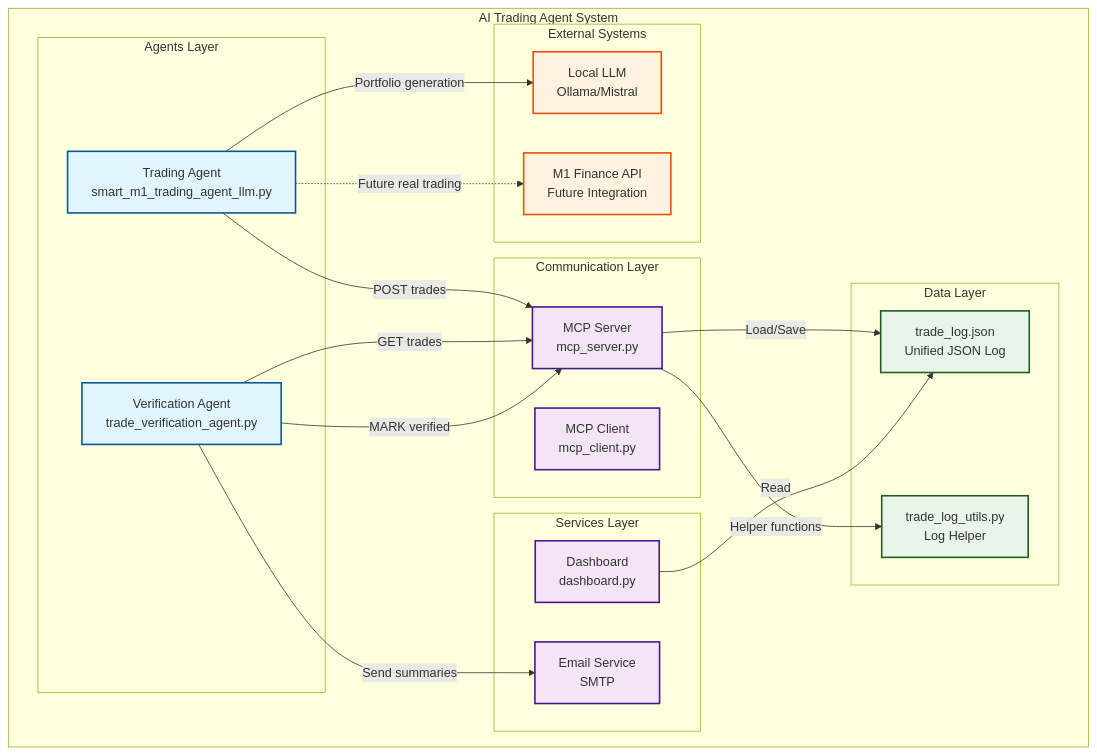
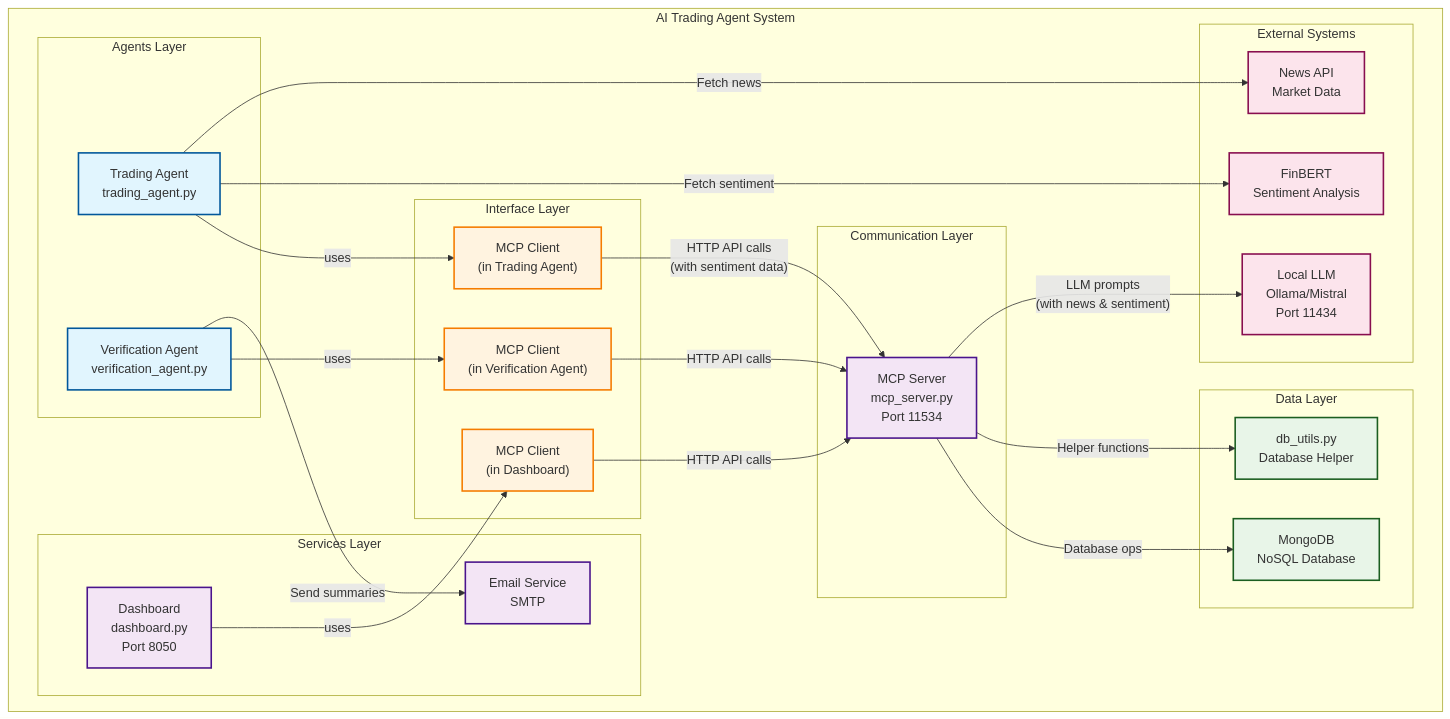
Before and after one commit to AbhishekBandarupalle/AItradingagent: the diagram in README.md, drawn with Mermaid. The commit also changed other lines of this file and 11 other files, not shown here.

````diff
--- a/README.md
+++ b/README.md
@@ -13,57 +23,70 @@
 ```mermaid
 flowchart TB
     subgraph "AI Trading Agent System"
         subgraph "Agents Layer"
-            TA["Trading Agent<br/>smart_m1_trading_agent_llm.py"]
-            VA["Verification Agent<br/>trade_verification_agent.py"]
+            TA["Trading Agent<br/>trading_agent.py"]
+            VA["Verification Agent<br/>verification_agent.py"]
+        end
+        
+        subgraph "Interface Layer"
+            MCPC1["MCP Client<br/>(in Trading Agent)"]
+            MCPC2["MCP Client<br/>(in Verification Agent)"]
+            MCPC3["MCP Client<br/>(in Dashboard)"]
         end
         
         subgraph "Communication Layer"
-            MCP["MCP Server<br/>mcp_server.py"]
-            MCPC["MCP Client<br/>mcp_client.py"]
+            MCP["MCP Server<br/>mcp_server.py<br/>Port 11534"]
         end
         
         subgraph "Data Layer"
-            TL["trade_log.json<br/>Unified JSON Log"]
-            TUL["trade_log_utils.py<br/>Log Helper"]
+            DB["MongoDB<br/>NoSQL Database"]
+            DBU["db_utils.py<br/>Database Helper"]
         end
         
         subgraph "Services Layer"
-            DASH["Dashboard<br/>dashboard.py"]
+            DASH["Dashboard<br/>dashboard.py<br/>Port 8050"]
             EMAIL["Email Service<br/>SMTP"]
         end
         
         subgraph "External Systems"
-            LLM["Local LLM<br/>Ollama/Mistral"]
-            M1["M1 Finance API<br/>Future Integration"]
+            LLM["Local LLM<br/>Ollama/Mistral<br/>Port 11434"]
+            FINBERT["FinBERT<br/>Sentiment Analysis"]
+            NEWS["News API<br/>Market Data"]
         end
     end
     
-    %% Agent connections
-    TA -->|"POST trades"| MCP
-    VA -->|"GET trades"| MCP
-    VA -->|"MARK verified"| MCP
+    %% Agent to MCP Client connections
+    TA -->|"uses"| MCPC1
+    VA -->|"uses"| MCPC2
+    DASH -->|"uses"| MCPC3
     
-    %% MCP connections
-    MCP -->|"Load/Save"| TL
-    MCP -->|"Helper functions"| TUL
+    %% MCP Client to MCP Server connections
+    MCPC1 -->|"HTTP API calls<br/>(with sentiment data)"| MCP
+    MCPC2 -->|"HTTP API calls"| MCP
+    MCPC3 -->|"HTTP API calls"| MCP
+    
+    %% MCP Server connections
+    MCP -->|"Database ops"| DB
+    MCP -->|"Helper functions"| DBU
+    MCP -->|"LLM prompts<br/>(with news & sentiment)"| LLM
     
     %% Service connections
-    DASH -->|"Read"| TL
     VA -->|"Send summaries"| EMAIL
     
-    %% External connections
-    TA -->|"Portfolio generation"| LLM
-    TA -.->|"Future real trading"| M1
+    %% Data collection (Trading Agent processes this data before sending to LLM)
+    TA -->|"Fetch sentiment"| FINBERT
+    TA -->|"Fetch news"| NEWS
     
     %% Styling
     classDef agent fill:#e1f5fe,stroke:#01579b,stroke-width:2px
+    classDef interface fill:#fff3e0,stroke:#f57c00,stroke-width:2px
     classDef service fill:#f3e5f5,stroke:#4a148c,stroke-width:2px
     classDef data fill:#e8f5e8,stroke:#1b5e20,stroke-width:2px
-    classDef external fill:#fff3e0,stroke:#e65100,stroke-width:2px
+    classDef external fill:#fce4ec,stroke:#880e4f,stroke-width:2px
     
     class TA,VA agent
-    class MCP,MCPC,DASH,EMAIL service
-    class TL,TUL data
-    class LLM,M1 external
+    class MCPC1,MCPC2,MCPC3 interface
+    class MCP,DASH,EMAIL service
+    class DB,DBU data
+    class LLM,FINBERT,NEWS external
 ```
````
